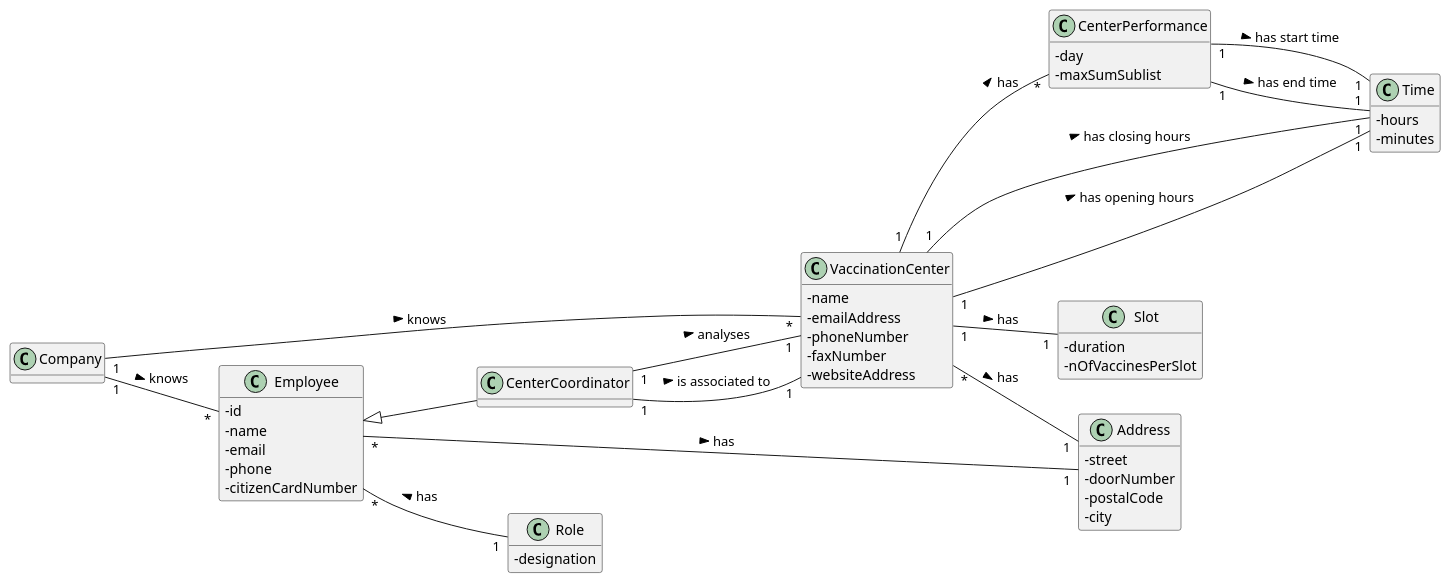
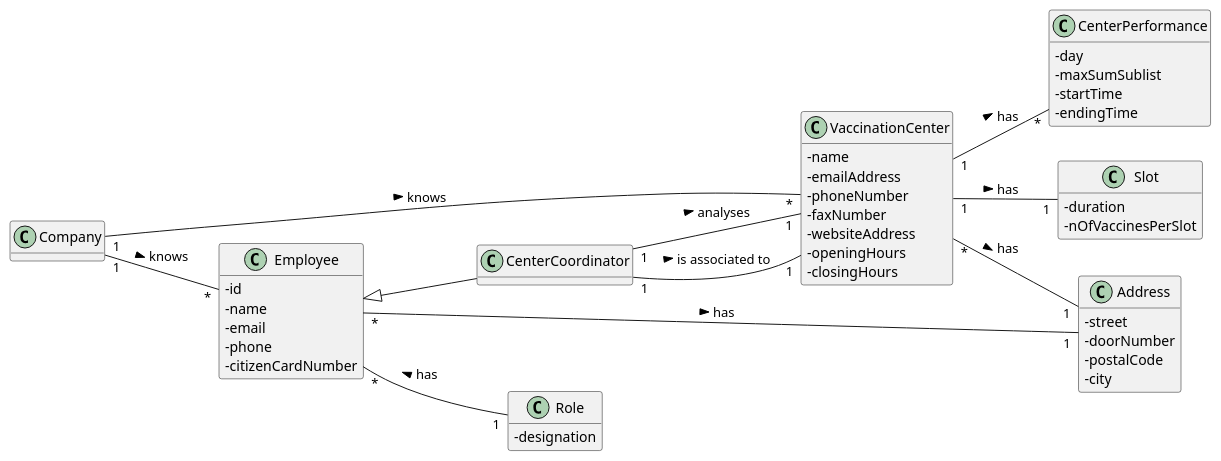
Before and after one commit to miseEnPlace-i/lapr2: the diagram in docs/SprintD/US16/DM/US16_DM.puml, drawn with PlantUML. The commit also changed 1 other file, not shown here.

```diff
--- a/docs/SprintD/US16/DM/US16_DM.puml
+++ b/docs/SprintD/US16/DM/US16_DM.puml
@@ -1,75 +1,67 @@
 @startuml
 hide methods
 left to right direction
 skinparam classAttributeIconSize 0
 
 class VaccinationCenter {
   - name
   - emailAddress
   - phoneNumber
   - faxNumber
   - websiteAddress
-}
-
-class Time {
-  - hours
-  - minutes
+  - openingHours
+  - closingHours
 }
 
 class Slot {
   -duration
   -nOfVaccinesPerSlot
 }
 
 class Employee {
   -id
   -name
   -email
   -phone
   -citizenCardNumber
 }
 
 class Address {
   - street
   - doorNumber
   - postalCode
   - city
 }
 
 class CenterPerformance {
   - day
   - maxSumSublist
+  - startTime
+  - endingTime
 }
 
 class Role {
   -designation
 }
 
 class Company {}
 
 class CenterCoordinator {}
-
-
-VaccinationCenter "1" -- "1" Time : has closing hours >
-VaccinationCenter "1" -- "1" Time : has opening hours >
-
-CenterPerformance "1" -- "1" Time : has start time >
-CenterPerformance "1" -- "1" Time : has end time >
 
 VaccinationCenter "1" -- "1" Slot : has >
 
 Employee <|-- CenterCoordinator
 Employee "*" -- "1" Role : has <
 
 Company "1" -- "*" Employee : knows >
 Company "1" -- "*" VaccinationCenter : knows >
 
 Employee "*" -- "1" Address : has >
 VaccinationCenter "*" -- "1" Address : has >
 
 VaccinationCenter "1" -- "*" CenterPerformance : has >
 
 CenterCoordinator "1" -- "1" VaccinationCenter : analyses >
 CenterCoordinator "1" -- "1" VaccinationCenter : is associated to >
 
 @enduml
```
